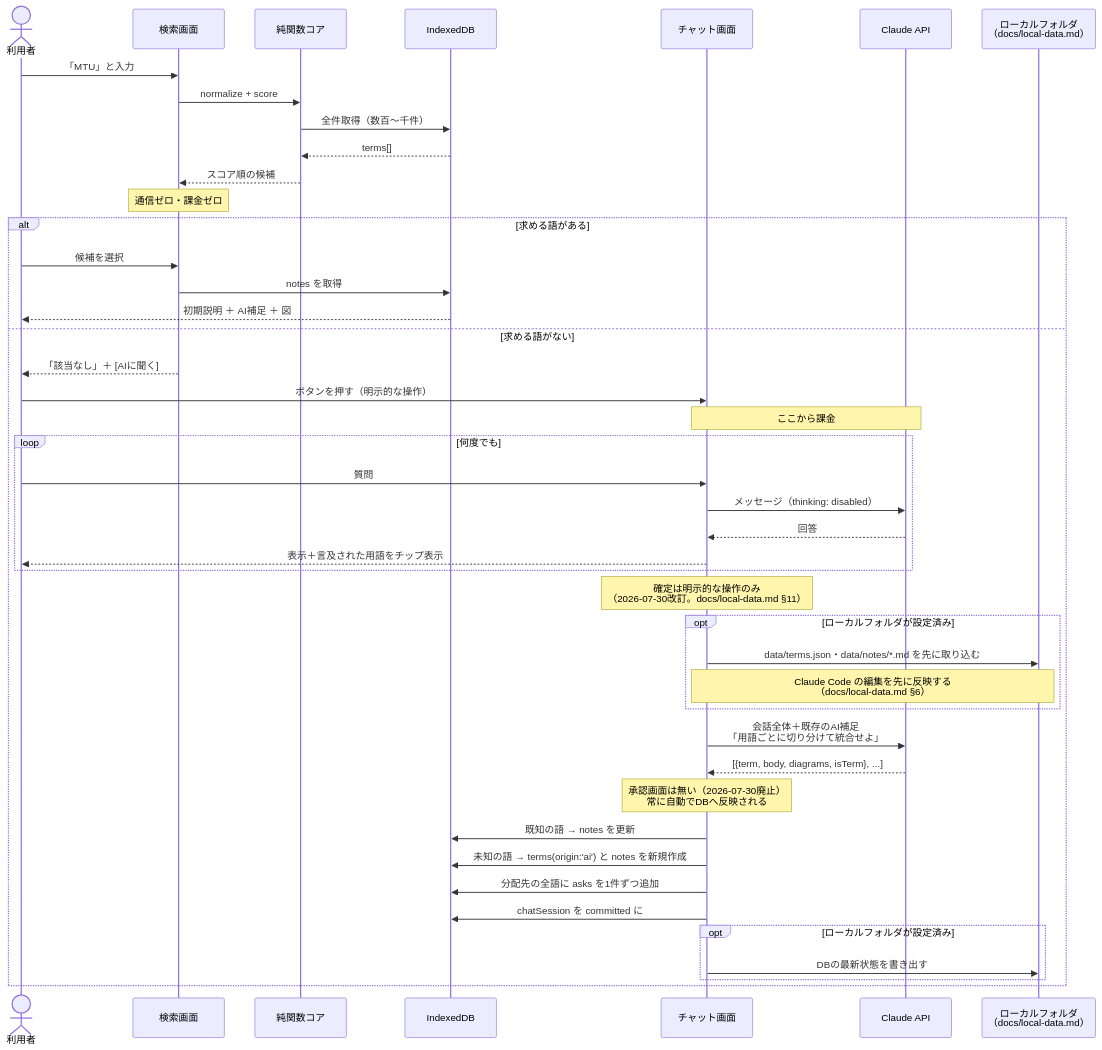
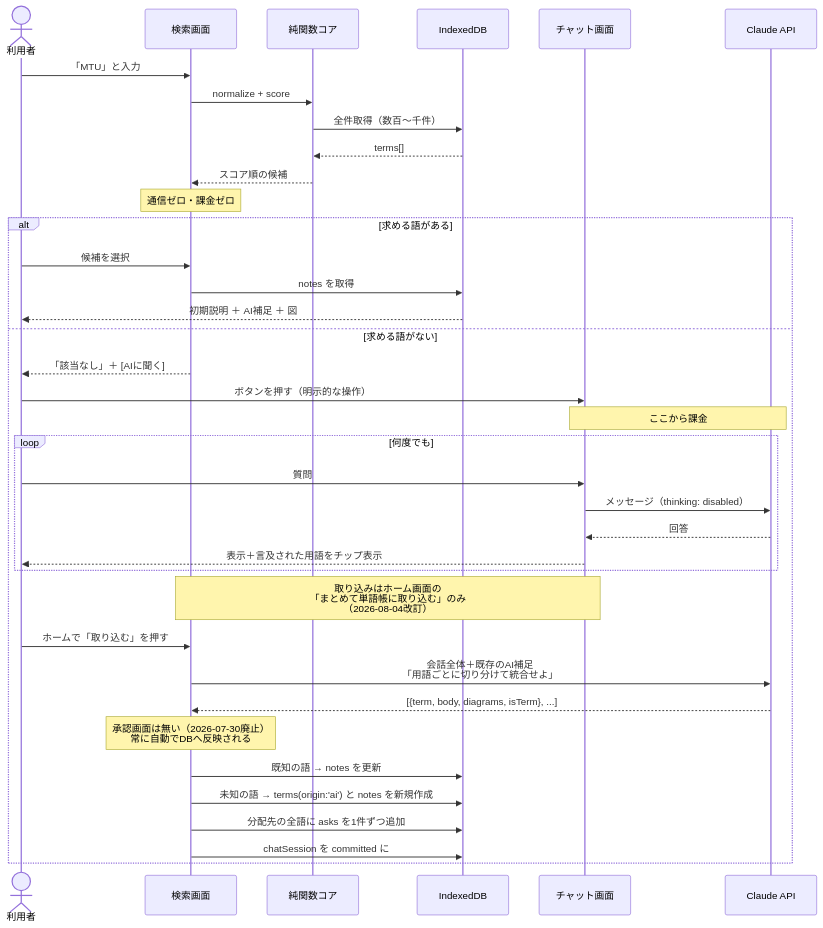
The fourth of 8 diagrams in docs/architecture.md (doryu0-04092/IT-Index), drawn with Mermaid before and after one commit. The commit also changed other lines of this file and 14 other files, not shown here.

````diff
--- a/docs/architecture.md
+++ b/docs/architecture.md
@@ -189,54 +189,45 @@
 ```mermaid
 sequenceDiagram
     actor U as 利用者
     participant S as 検索画面
     participant C as 純関数コア
     participant DB as IndexedDB
     participant CH as チャット画面
     participant AI as Claude API
-    participant FS as ローカルフォルダ<br/>（docs/local-data.md）
 
     U->>S: 「MTU」と入力
     S->>C: normalize + score
     C->>DB: 全件取得（数百〜千件）
     DB-->>C: terms[]
     C-->>S: スコア順の候補
     Note over S: 通信ゼロ・課金ゼロ
 
     alt 求める語がある
         U->>S: 候補を選択
         S->>DB: notes を取得
         DB-->>U: 初期説明 ＋ AI補足 ＋ 図
     else 求める語がない
         S-->>U: 「該当なし」＋ [AIに聞く]
         U->>CH: ボタンを押す（明示的な操作）
         Note over CH,AI: ここから課金
 
         loop 何度でも
             U->>CH: 質問
             CH->>AI: メッセージ（thinking: disabled）
             AI-->>CH: 回答
             CH-->>U: 表示＋言及された用語をチップ表示
         end
 
-        Note over CH: 確定は明示的な操作のみ<br/>（2026-07-30改訂。docs/local-data.md §11）
+        Note over CH,S: 取り込みはホーム画面の<br/>「まとめて単語帳に取り込む」のみ<br/>（2026-08-04改訂）
 
-        opt ローカルフォルダが設定済み
-            CH->>FS: data/terms.json・data/notes/*.md を先に取り込む
-            Note over CH,FS: Claude Code の編集を先に反映する<br/>（docs/local-data.md §6）
-        end
+        U->>S: ホームで「取り込む」を押す
+        S->>AI: 会話全体＋既存のAI補足<br/>「用語ごとに切り分けて統合せよ」
+        AI-->>S: [{term, body, diagrams, isTerm}, ...]
+        Note over S: 承認画面は無い（2026-07-30廃止）<br/>常に自動でDBへ反映される
 
-        CH->>AI: 会話全体＋既存のAI補足<br/>「用語ごとに切り分けて統合せよ」
-        AI-->>CH: [{term, body, diagrams, isTerm}, ...]
-        Note over CH: 承認画面は無い（2026-07-30廃止）<br/>常に自動でDBへ反映される
-
-        CH->>DB: 既知の語 → notes を更新
-        CH->>DB: 未知の語 → terms(origin:'ai') と notes を新規作成
-        CH->>DB: 分配先の全語に asks を1件ずつ追加
-        CH->>DB: chatSession を committed に
-
-        opt ローカルフォルダが設定済み
-            CH->>FS: DBの最新状態を書き出す
-        end
+        S->>DB: 既知の語 → notes を更新
+        S->>DB: 未知の語 → terms(origin:'ai') と notes を新規作成
+        S->>DB: 分配先の全語に asks を1件ずつ追加
+        S->>DB: chatSession を committed に
     end
 ```
````
